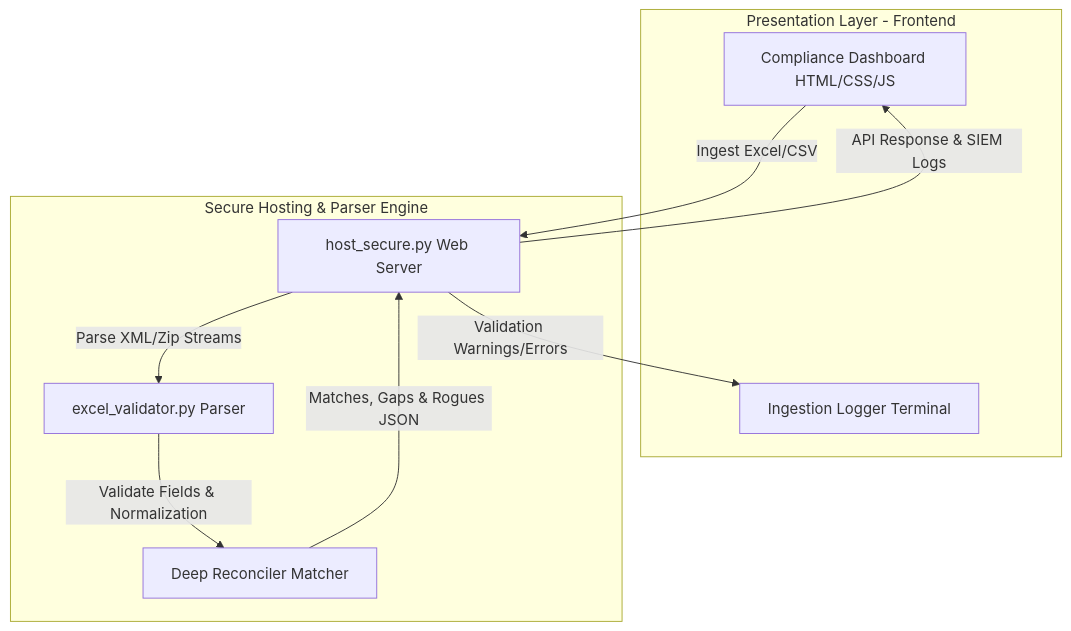
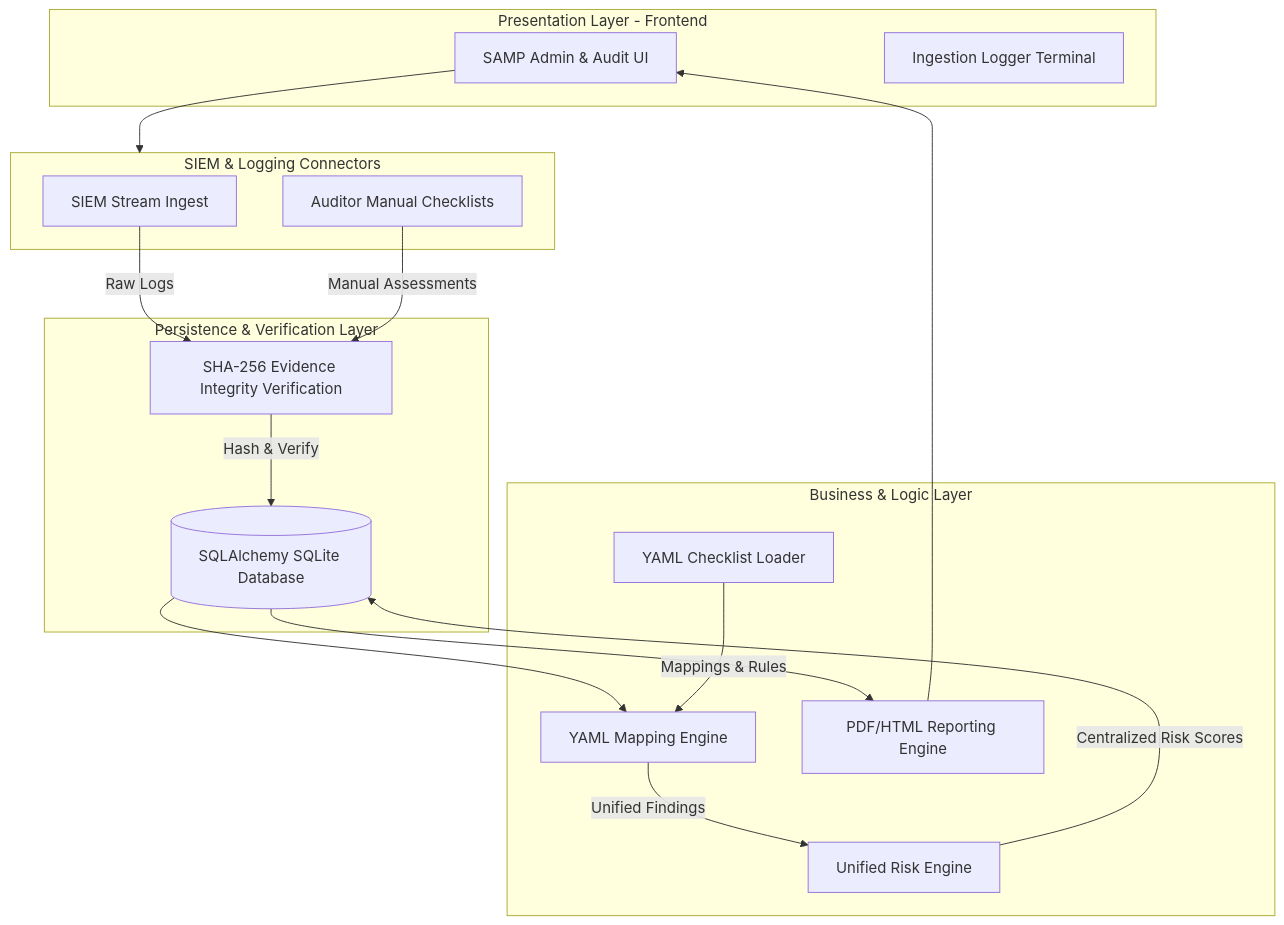
Before and after one commit to ComradeCosmos/eud-compliance-dashboard-audit: the diagram in README.md, drawn with Mermaid. The commit also changed other lines of this file and 31 other files, not shown here.

Commit message:
feat: integrate SIEM pipeline, Centralized Risk Engine, and SAMP Auditor modules with FastAPI SQLite backend

````diff
--- a/README.md
+++ b/README.md
@@ -17,20 +15,36 @@
 ```mermaid
 graph TD
-    subgraph Browser [Presentation Layer - Frontend]
-        UI[Compliance Dashboard HTML/CSS/JS]
-        Terminal[Ingestion Logger Terminal]
+    subgraph ClientLayer [Presentation Layer - Frontend]
+        UI[SAMP Admin & Audit UI]
+        Console[Ingestion Logger Terminal]
     end
 
-    subgraph PythonBackend [Secure Hosting & Parser Engine]
-        Server[host_secure.py Web Server]
-        Parser[excel_validator.py Parser]
-        Reconciler[Deep Reconciler Matcher]
+    subgraph ServiceLayer [Business & Logic Layer]
+        Loader[YAML Checklist Loader]
+        Mapper[YAML Mapping Engine]
+        Risk[Unified Risk Engine]
+        Reporter[PDF/HTML Reporting Engine]
     end
 
-    UI -->|Ingest Excel/CSV| Server
-    Server -->|Parse XML/Zip Streams| Parser
-    Parser -->|Validate Fields & Normalization| Reconciler
-    Reconciler -->|Matches, Gaps & Rogues JSON| Server
-    Server -->|API Response & SIEM Logs| UI
-    Server -->|Validation Warnings/Errors| Terminal
+    subgraph IngestionLayer [SIEM & Logging Connectors]
+        SIEM[SIEM Stream Ingest]
+        Manual[Auditor Manual Checklists]
+    end
+
+    subgraph DataLayer [Persistence & Verification Layer]
+        DB[(SQLAlchemy SQLite Database)]
+        Crypto[SHA-256 Evidence Integrity Verification]
+    end
+
+    UI --> IngestionLayer
+    SIEM -->|Raw Logs| Crypto
+    Manual -->|Manual Assessments| Crypto
+    Crypto -->|Hash & Verify| DB
+    
+    DB --> Mapper
+    Loader -->|Mappings & Rules| Mapper
+    Mapper -->|Unified Findings| Risk
+    Risk -->|Centralized Risk Scores| DB
+    DB --> Reporter
+    Reporter --> UI
 ```
````
